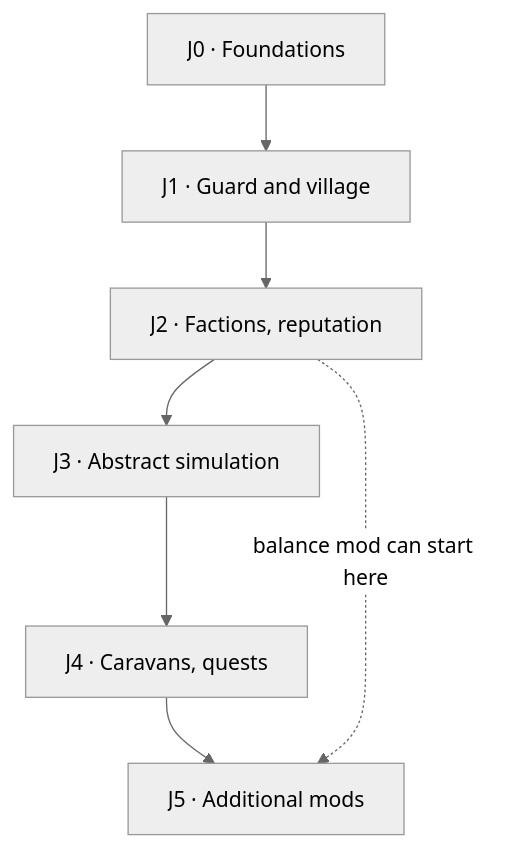
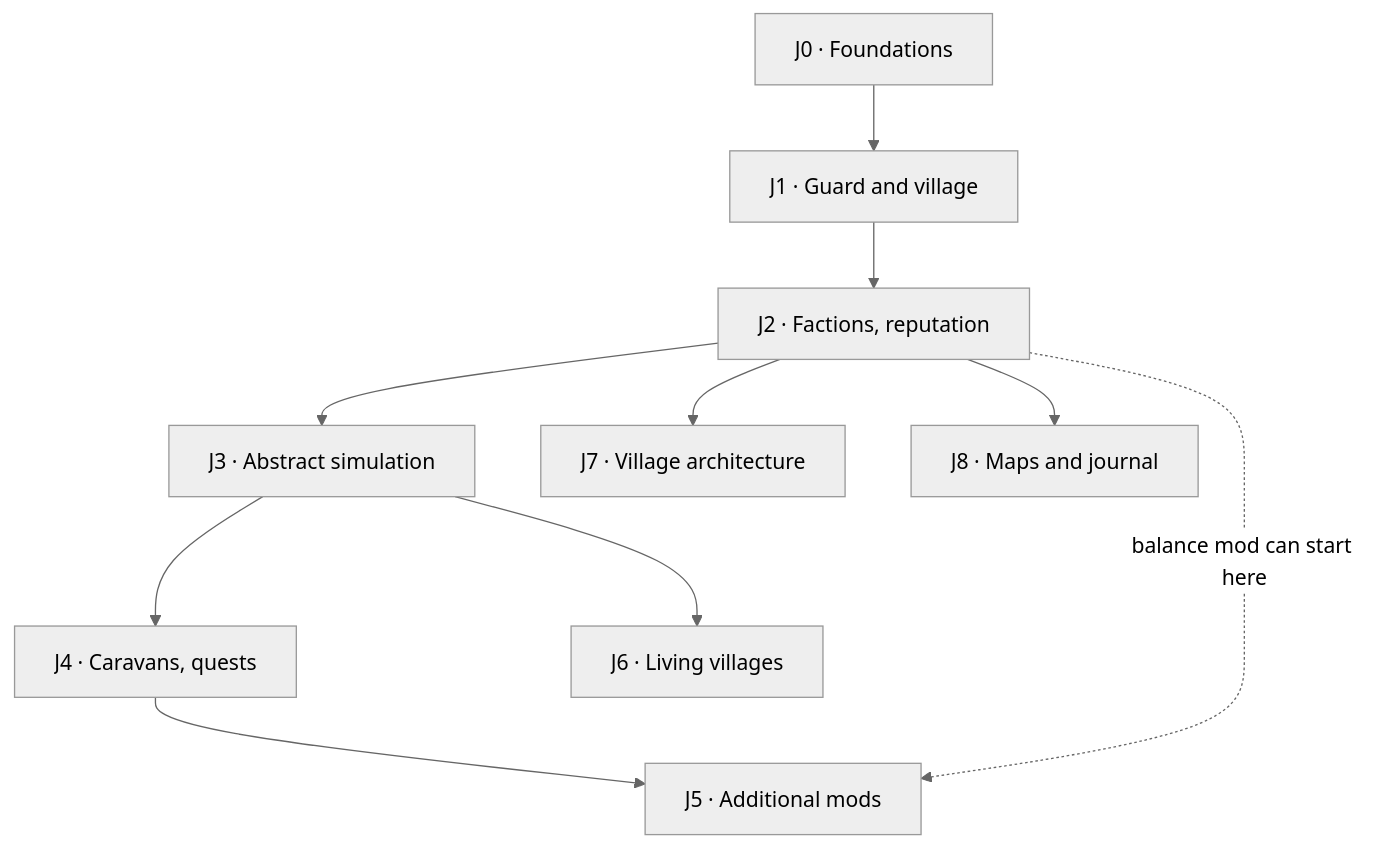
One commit to nicolas-goyon/Folkhold changed the second of 2 diagrams in docs/design.md. Above: the diagram before and after it, drawn with Mermaid (neutral theme). The commit also changed other lines of this file, not shown here.

````diff
--- a/docs/design.md
+++ b/docs/design.md
@@ -459,9 +495,12 @@
 ```mermaid
 flowchart TB
     J0["J0 · Foundations"] --> J1["J1 · Guard and village"]
     J1 --> J2["J2 · Factions, reputation"]
     J2 --> J3["J3 · Abstract simulation"]
     J3 --> J4["J4 · Caravans, quests"]
     J4 --> J5["J5 · Additional mods"]
     J2 -. "balance mod can start here" .-> J5
+    J3 --> J6["J6 · Living villages"]
+    J2 --> J7["J7 · Village architecture"]
+    J2 --> J8["J8 · Maps and journal"]
 ```
````
